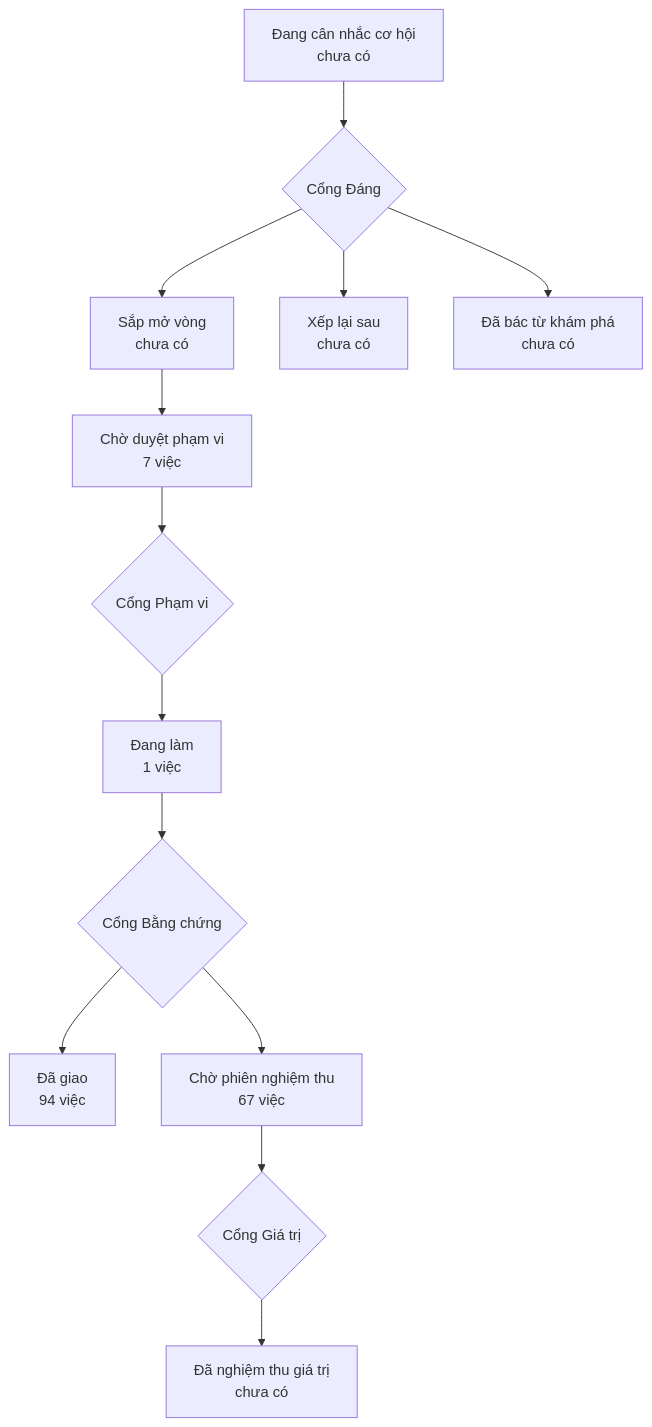
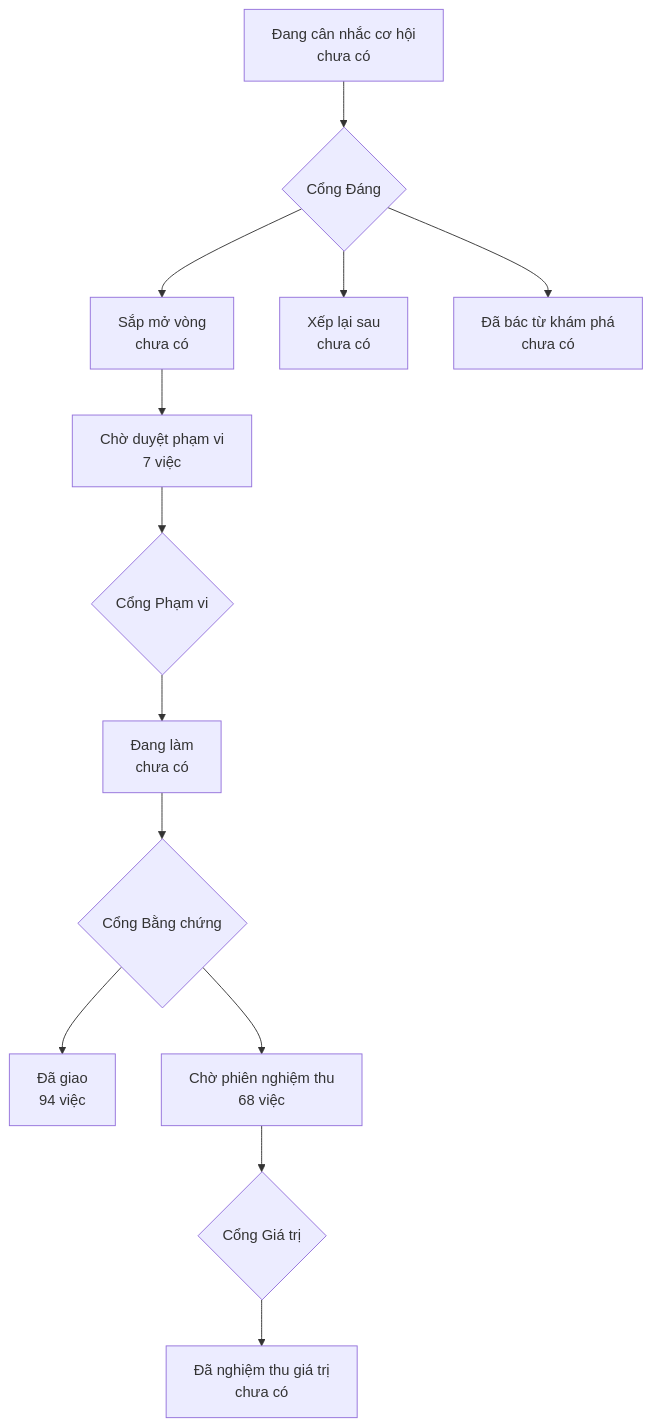
One commit to phanlemanh/onehub-invest changed the diagram in PRODUCT-MAP.md. Above: the diagram before and after it, drawn with Mermaid. The commit also changed other lines of this file and 9 other files, not shown here.

````diff
--- a/PRODUCT-MAP.md
+++ b/PRODUCT-MAP.md
@@ -7,12 +7,12 @@
 ```mermaid
 flowchart TD
   A["Đang cân nhắc cơ hội<br/>chưa có"] --> GD{"Cổng Đáng"}
   GD --> B["Sắp mở vòng<br/>chưa có"]
   GD --> XL["Xếp lại sau<br/>chưa có"]
   GD --> DB["Đã bác từ khám phá<br/>chưa có"]
   B --> CD["Chờ duyệt phạm vi<br/>7 việc"] --> GP{"Cổng Phạm vi"}
-  GP --> DL["Đang làm<br/>1 việc"] --> GB{"Cổng Bằng chứng"}
+  GP --> DL["Đang làm<br/>chưa có"] --> GB{"Cổng Bằng chứng"}
   GB --> DG["Đã giao<br/>94 việc"]
-  GB --> CN["Chờ phiên nghiệm thu<br/>67 việc"] --> GG{"Cổng Giá trị"}
+  GB --> CN["Chờ phiên nghiệm thu<br/>68 việc"] --> GG{"Cổng Giá trị"}
   GG --> NT["Đã nghiệm thu giá trị<br/>chưa có"]
 ```
````
